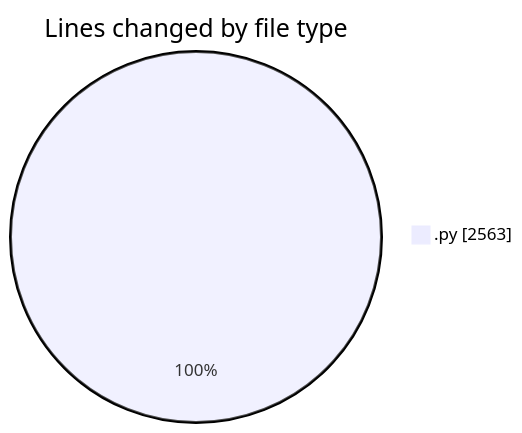
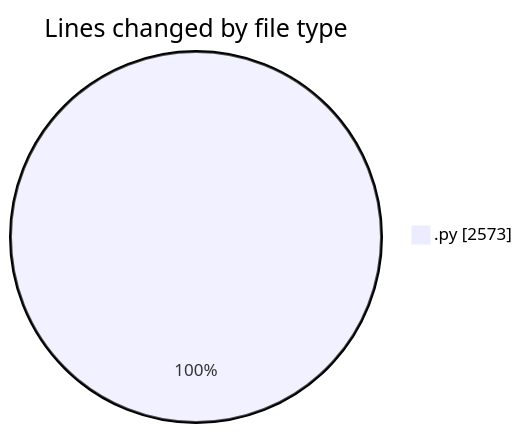
The first of 2 diagrams in 2026-01-11/dsa/README.md (Ritupan-Deka/code-tracking), drawn with Mermaid before and after one commit. The commit also changed other lines of this file and 1 other file, not shown here.

````diff
--- a/2026-01-11/dsa/README.md
+++ b/2026-01-11/dsa/README.md
@@ -21,5 +21,5 @@
 ```mermaid
 pie showData
 title Lines changed by file type
-".py" : 2563
+".py" : 2573
 ```
````
